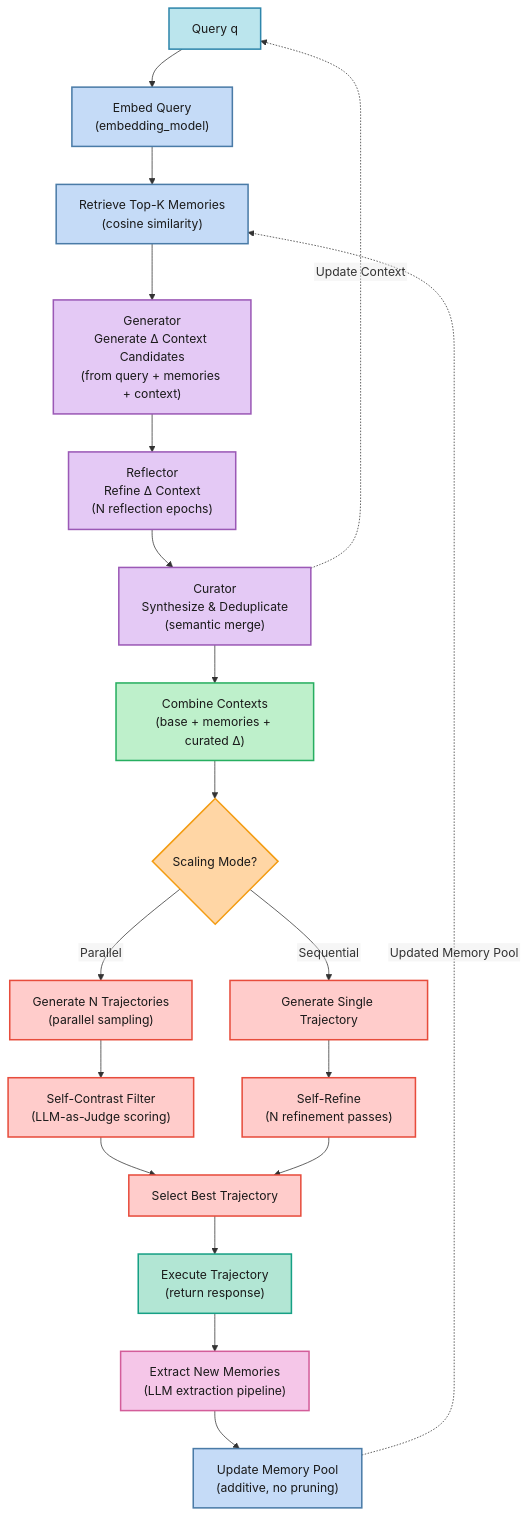
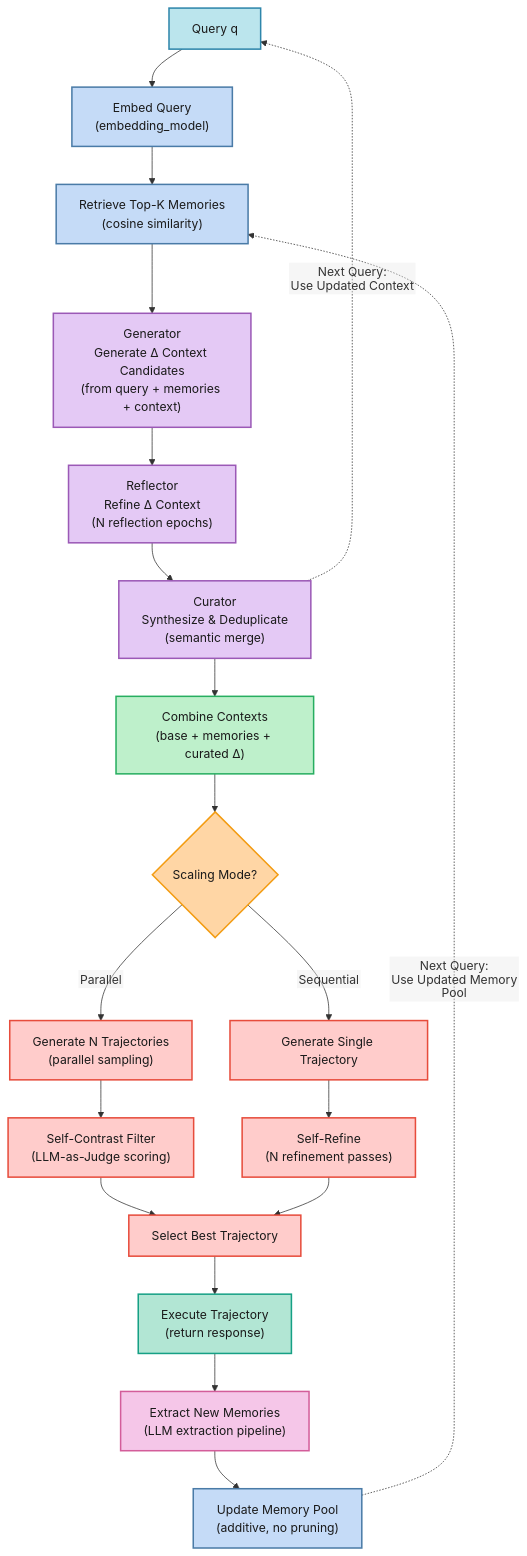
The diagram in src/content/blog/self-evolving-llm-agents.mdx (lavaman131/lavaman131.github.io), drawn with Mermaid before and after one commit. The commit also changed other lines of this file and 3 other files, not shown here.

````diff
--- a/src/content/blog/self-evolving-llm-agents.mdx
+++ b/src/content/blog/self-evolving-llm-agents.mdx
@@ -1092,58 +66,58 @@
 ```mermaid
 %%{init: {
   'theme': 'default',
   'flowchart': {
     'htmlLabels': false,
     'wrap': true
   },
   'themeVariables': {
     'primaryColor': '#E8F4F8',
     'primaryTextColor': '#1a1a1a',
     'primaryBorderColor': '#4A90A4',
     'secondaryColor': '#F0E8F4',
     'secondaryTextColor': '#1a1a1a',
     'secondaryBorderColor': '#8B7AA8',
     'tertiaryColor': '#F4F0E8',
     'tertiaryTextColor': '#1a1a1a',
     'tertiaryBorderColor': '#A89B7A',
     'noteBkgColor': '#E8F8E8',
     'noteTextColor': '#1a1a1a',
     'noteBorderColor': '#6FA86F'
   }
 }}%%
 flowchart TD
     Start["Query q"]:::inputStyle --> Embed["Embed Query\n(embedding_model)"]:::memoryStyle
     Embed --> Retrieve["Retrieve Top-K Memories\n(cosine similarity)"]:::memoryStyle
 
     Retrieve --> Generator["Generator\nGenerate Δ Context Candidates\n(from query + memories + context)"]:::aceStyle
     Generator --> Reflector["Reflector\nRefine Δ Context\n(N reflection epochs)"]:::aceStyle
     Reflector --> Curator["Curator\nSynthesize & Deduplicate\n(semantic merge)"]:::aceStyle
 
     Curator --> Combine["Combine Contexts\n(base + memories + curated Δ)"]:::combineStyle
 
     Combine --> ScalingMode{"Scaling Mode?"}:::decisionStyle
 
     ScalingMode -->|Parallel| ParallelGen["Generate N Trajectories\n(parallel sampling)"]:::mattsStyle
     ParallelGen --> SelfContrast["Self-Contrast Filter\n(LLM-as-Judge scoring)"]:::mattsStyle
     SelfContrast --> BestTraj["Select Best Trajectory"]:::mattsStyle
 
     ScalingMode -->|Sequential| SeqGen["Generate Single Trajectory"]:::mattsStyle
     SeqGen --> SelfRefine["Self-Refine\n(N refinement passes)"]:::mattsStyle
     SelfRefine --> BestTraj
 
     BestTraj --> Execute["Execute Trajectory\n(return response)"]:::executeStyle
     Execute --> ExtractMem["Extract New Memories\n(LLM extraction pipeline)"]:::extractStyle
     ExtractMem --> UpdatePool["Update Memory Pool\n(additive, no pruning)"]:::memoryStyle
 
-    UpdatePool -.->|Updated Memory Pool| Retrieve
-    Curator -.->|Update Context| Start
+    UpdatePool -.->|Next Query: <br/>Use Updated Memory Pool| Retrieve
+    Curator -.->|Next Query: <br/>Use Updated Context| Start
 
     classDef inputStyle fill:#BBE5ED,stroke:#2E86AB,stroke-width:2px,color:#1a1a1a
     classDef memoryStyle fill:#C5DBF7,stroke:#4A7BA7,stroke-width:2px,color:#1a1a1a
     classDef aceStyle fill:#E4C9F5,stroke:#9B59B6,stroke-width:2px,color:#1a1a1a
     classDef combineStyle fill:#BEF0CB,stroke:#27AE60,stroke-width:2px,color:#1a1a1a
     classDef decisionStyle fill:#FFD6A5,stroke:#F39C12,stroke-width:2px,color:#1a1a1a
     classDef mattsStyle fill:#FFCCCB,stroke:#E74C3C,stroke-width:2px,color:#1a1a1a
     classDef executeStyle fill:#B2E6D4,stroke:#16A085,stroke-width:2px,color:#1a1a1a
     classDef extractStyle fill:#F5C6E8,stroke:#D35D9A,stroke-width:2px,color:#1a1a1a
 ```
````
